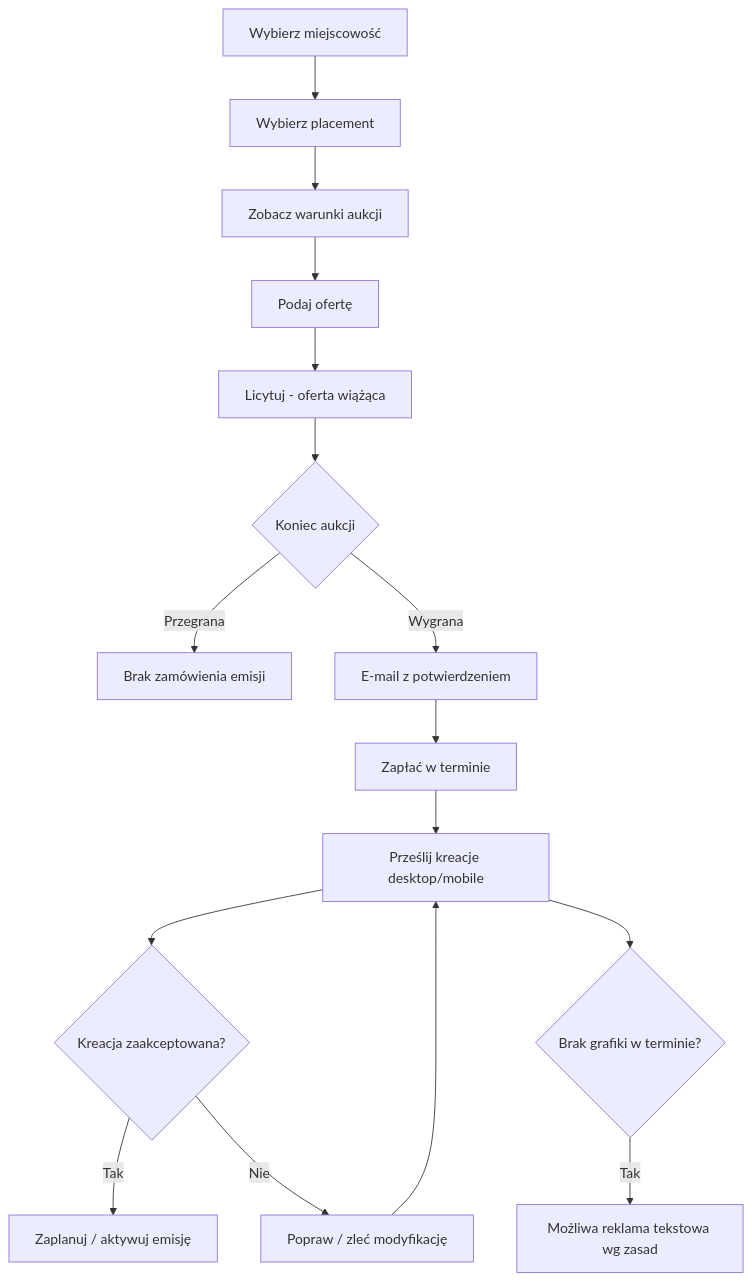
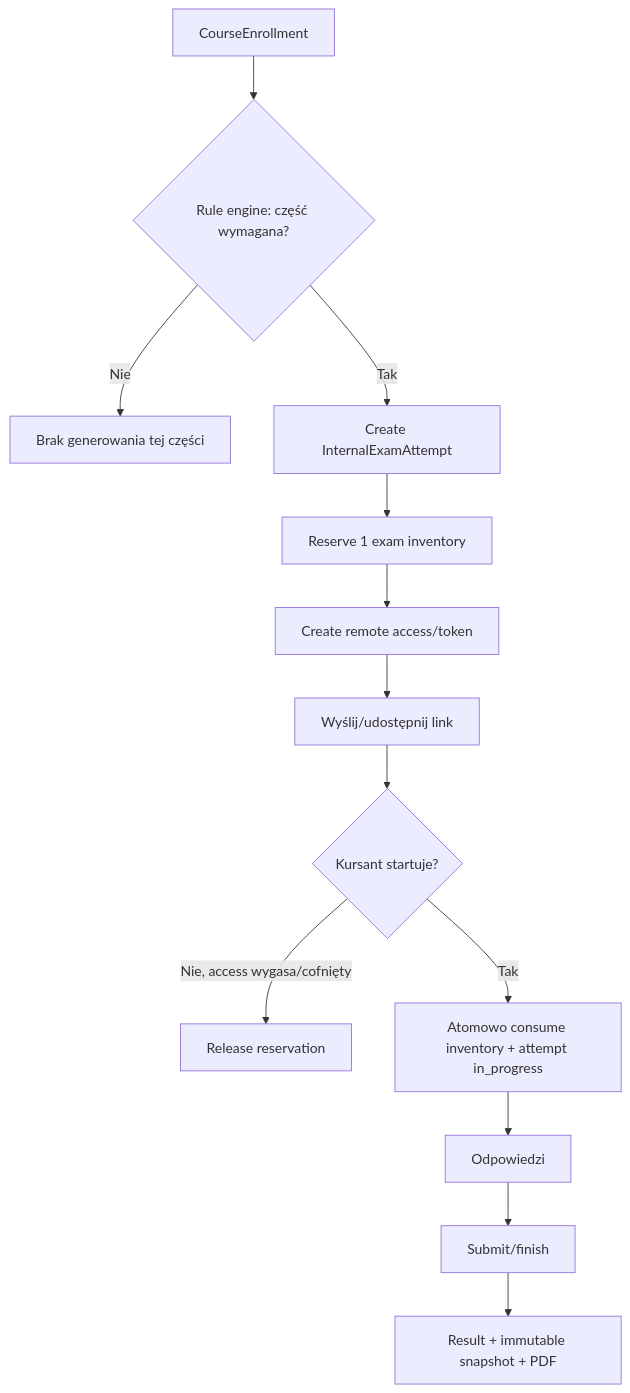
The ninth of 9 diagrams in docs/03-user-flows.md (prawkonaraz100/osk-panel), drawn with Mermaid before and after one commit. The commit also changed other lines of this file, not shown here.

Commit message:
docs: align user flows with consolidated core lifecycle

````diff
--- a/docs/03-user-flows.md
+++ b/docs/03-user-flows.md
@@ -187,18 +206,15 @@
 ```mermaid
 flowchart TD
-A[Wybierz miejscowość] --> B[Wybierz placement]
-B --> C[Zobacz warunki aukcji]
-C --> D[Podaj ofertę]
-D --> E[Licytuj - oferta wiążąca]
-E --> F{Koniec aukcji}
-F -->|Przegrana| G[Brak zamówienia emisji]
-F -->|Wygrana| H[E-mail z potwierdzeniem]
-H --> I[Zapłać w terminie]
-I --> J[Prześlij kreacje desktop/mobile]
-J --> K{Kreacja zaakceptowana?}
-K -->|Tak| L[Zaplanuj / aktywuj emisję]
-K -->|Nie| M[Popraw / zleć modyfikację]
-M --> J
-J --> N{Brak grafiki w terminie?}
-N -->|Tak| O[Możliwa reklama tekstowa wg zasad]
+A[CourseEnrollment] --> B{Rule engine: część wymagana?}
+B -->|Nie| C[Brak generowania tej części]
+B -->|Tak| D[Create InternalExamAttempt]
+D --> E[Reserve 1 exam inventory]
+E --> F[Create remote access/token]
+F --> G[Wyślij/udostępnij link]
+G --> H{Kursant startuje?}
+H -->|Nie, access wygasa/cofnięty| I[Release reservation]
+H -->|Tak| J[Atomowo consume inventory + attempt in_progress]
+J --> K[Odpowiedzi]
+K --> L[Submit/finish]
+L --> M[Result + immutable snapshot + PDF]
 ```
````
